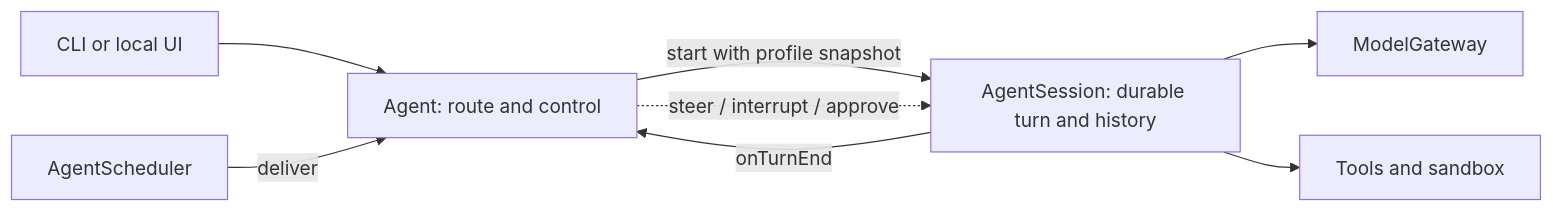
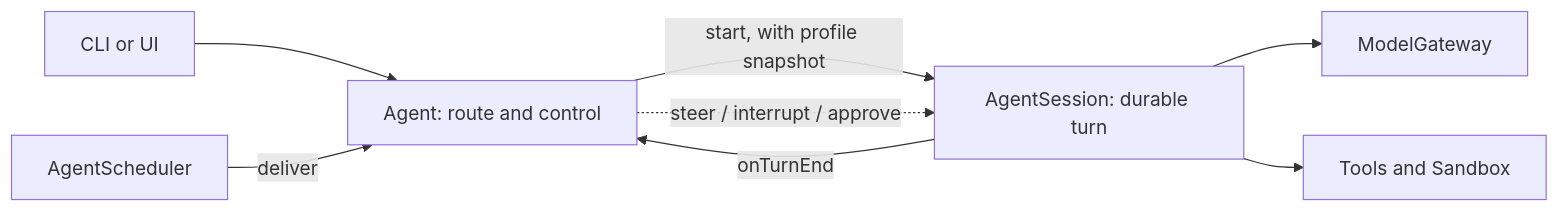
One commit to restatedev/agent changed the diagram in README.md. Above: the diagram before and after it, drawn with Mermaid. The commit also changed other lines of this file and 1 other file, not shown here.

````diff
--- a/README.md
+++ b/README.md
@@ -75,10 +85,10 @@
 ```mermaid
 flowchart LR
-  Client[CLI or local UI] --> Agent[Agent: route and control]
-  Agent -->|start with profile snapshot| Session[AgentSession: durable turn and history]
+  Client[CLI or UI] --> Agent[Agent: route and control]
+  Agent -->|start, with profile snapshot| Session[AgentSession: durable turn]
   Agent -.->|steer / interrupt / approve| Session
   Session --> Model[ModelGateway]
-  Session --> Tools[Tools and sandbox]
+  Session --> Tools[Tools and Sandbox]
   Session -->|onTurnEnd| Agent
   Scheduler[AgentScheduler] -->|deliver| Agent
 ```
````
